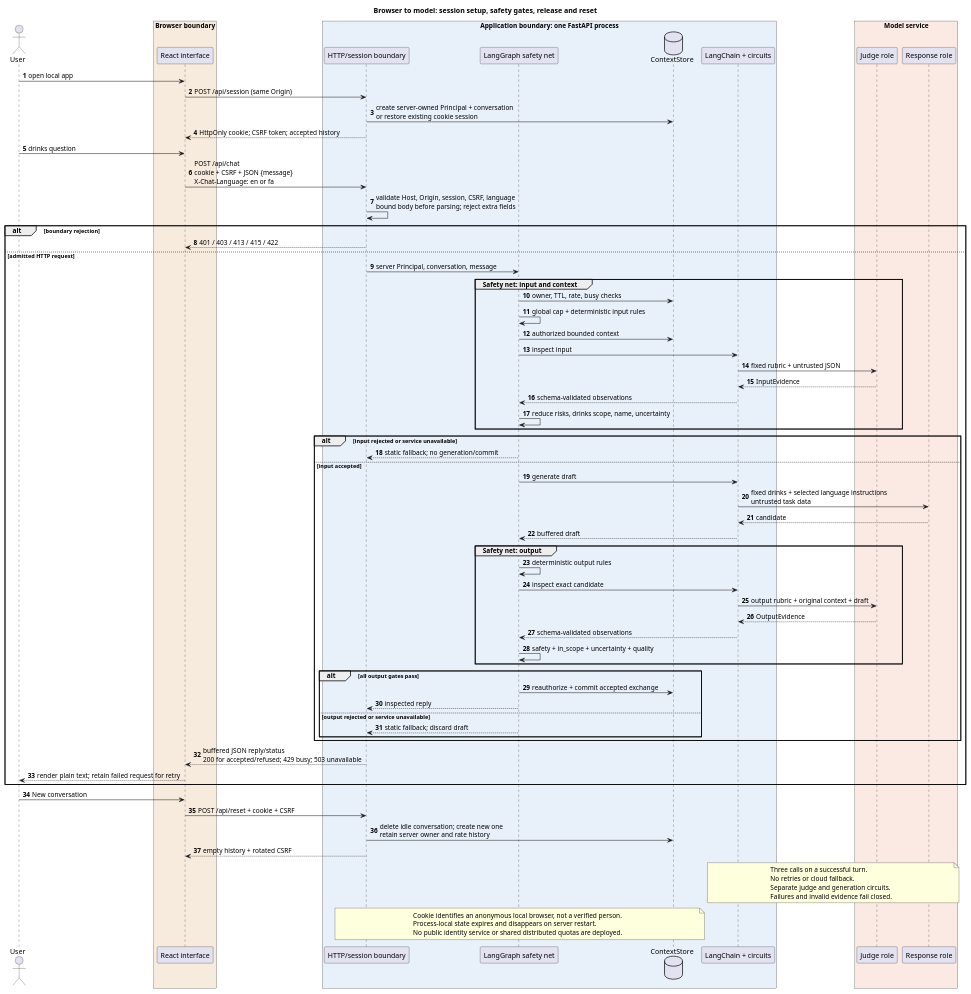
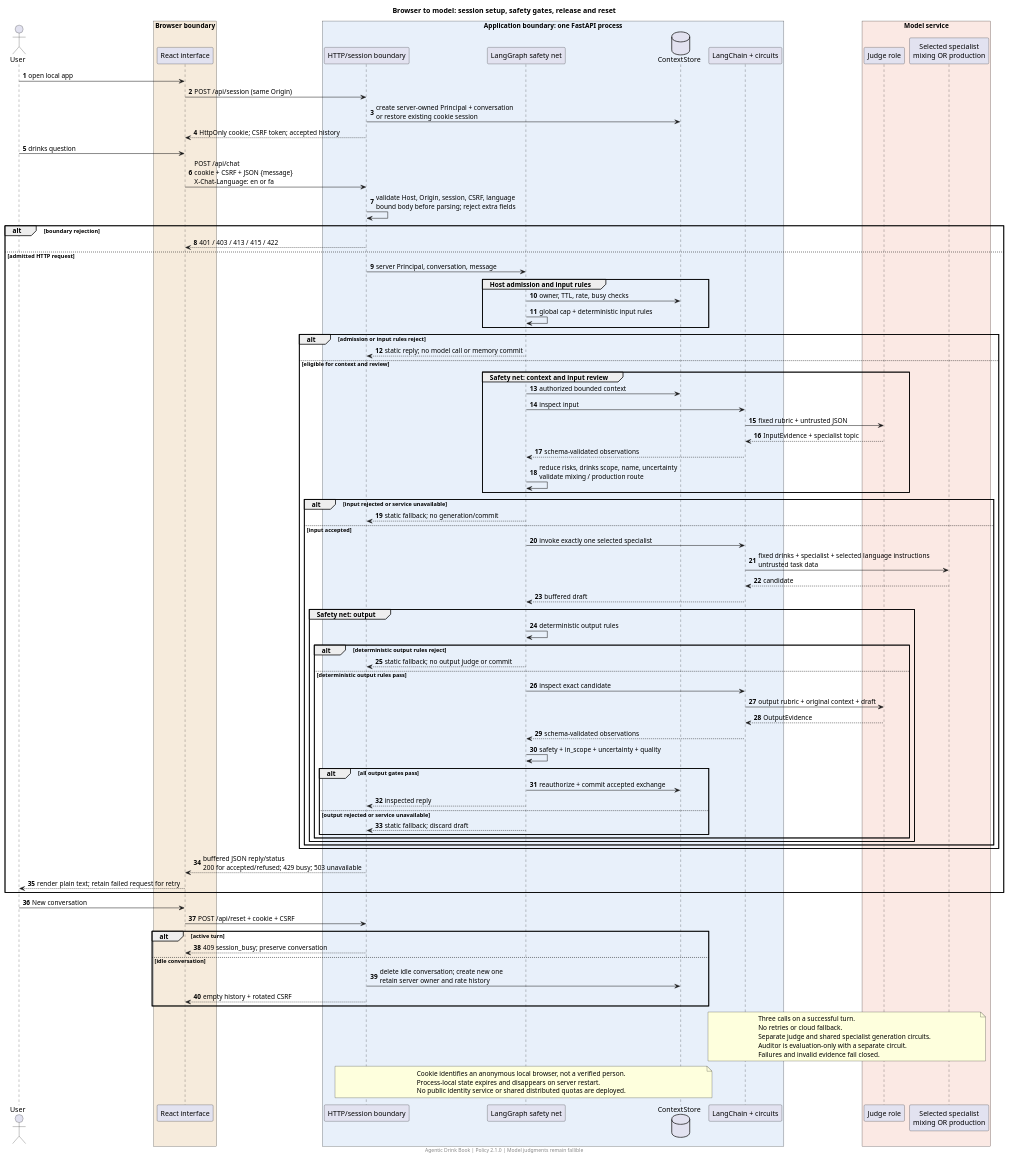
One commit to Iman/agentic-drink-book changed the diagram in docs/diagrams/09-web-sequence.puml. Above: the diagram before and after it, drawn with PlantUML. The commit also changed 91 other files, not shown here.

Commit message:
Add bounded agents, advisory audits and architecture views

```diff
--- a/docs/diagrams/09-web-sequence.puml
+++ b/docs/diagrams/09-web-sequence.puml
@@ -1,80 +1,96 @@
 @startuml
 title Browser to model: session setup, safety gates, release and reset
 skinparam shadowing false
 autonumber
 actor User
 box "Browser boundary" #F6EBDC
 participant "React interface" as ui
 end box
 box "Application boundary: one FastAPI process" #E8F0FA
 participant "HTTP/session boundary" as api
 participant "LangGraph safety net" as graph
 database "ContextStore" as memory
 participant "LangChain + circuits" as adapter
 end box
 box "Model service" #FBE9E4
 participant "Judge role" as judge
-participant "Response role" as model
+participant "Selected specialist\nmixing OR production" as model
 end box
 User -> ui : open local app
 ui -> api : POST /api/session (same Origin)
 api -> memory : create server-owned Principal + conversation\nor restore existing cookie session
 api --> ui : HttpOnly cookie; CSRF token; accepted history
 User -> ui : drinks question
 ui -> api : POST /api/chat\ncookie + CSRF + JSON {message}\nX-Chat-Language: en or fa
 api -> api : validate Host, Origin, session, CSRF, language\nbound body before parsing; reject extra fields
 alt boundary rejection
   api --> ui : 401 / 403 / 413 / 415 / 422
 else admitted HTTP request
   api -> graph : server Principal, conversation, message
-  group Safety net: input and context
+  group Host admission and input rules
     graph -> memory : owner, TTL, rate, busy checks
     graph -> graph : global cap + deterministic input rules
+  end
+  alt admission or input rules reject
+    graph --> api : static reply; no model call or memory commit
+  else eligible for context and review
+  group Safety net: context and input review
     graph -> memory : authorized bounded context
     graph -> adapter : inspect input
     adapter -> judge : fixed rubric + untrusted JSON
-    judge --> adapter : InputEvidence
+    judge --> adapter : InputEvidence + specialist topic
     adapter --> graph : schema-validated observations
-    graph -> graph : reduce risks, drinks scope, name, uncertainty
+    graph -> graph : reduce risks, drinks scope, name, uncertainty\nvalidate mixing / production route
   end
   alt input rejected or service unavailable
     graph --> api : static fallback; no generation/commit
   else input accepted
-    graph -> adapter : generate draft
-    adapter -> model : fixed drinks + selected language instructions\nuntrusted task data
+    graph -> adapter : invoke exactly one selected specialist
+    adapter -> model : fixed drinks + specialist + selected language instructions\nuntrusted task data
     model --> adapter : candidate
     adapter --> graph : buffered draft
     group Safety net: output
       graph -> graph : deterministic output rules
-      graph -> adapter : inspect exact candidate
-      adapter -> judge : output rubric + original context + draft
-      judge --> adapter : OutputEvidence
-      adapter --> graph : schema-validated observations
-      graph -> graph : safety + in_scope + uncertainty + quality
+      alt deterministic output rules reject
+        graph --> api : static fallback; no output judge or commit
+      else deterministic output rules pass
+        graph -> adapter : inspect exact candidate
+        adapter -> judge : output rubric + original context + draft
+        judge --> adapter : OutputEvidence
+        adapter --> graph : schema-validated observations
+        graph -> graph : safety + in_scope + uncertainty + quality
+        alt all output gates pass
+          graph -> memory : reauthorize + commit accepted exchange
+          graph --> api : inspected reply
+        else output rejected or service unavailable
+          graph --> api : static fallback; discard draft
+        end
+      end
     end
-    alt all output gates pass
-      graph -> memory : reauthorize + commit accepted exchange
-      graph --> api : inspected reply
-    else output rejected or service unavailable
-      graph --> api : static fallback; discard draft
-    end
+  end
   end
   api --> ui : buffered JSON reply/status\n200 for accepted/refused; 429 busy; 503 unavailable
   ui --> User : render plain text; retain failed request for retry
 end
 User -> ui : New conversation
 ui -> api : POST /api/reset + cookie + CSRF
-api -> memory : delete idle conversation; create new one\nretain server owner and rate history
-api --> ui : empty history + rotated CSRF
+alt active turn
+  api --> ui : 409 session_busy; preserve conversation
+else idle conversation
+  api -> memory : delete idle conversation; create new one\nretain server owner and rate history
+  api --> ui : empty history + rotated CSRF
+end
 note over adapter,model
 Three calls on a successful turn.
 No retries or cloud fallback.
-Separate judge and generation circuits.
+Separate judge and shared specialist generation circuits.
+Auditor is evaluation-only with a separate circuit.
 Failures and invalid evidence fail closed.
 end note
 note over api,memory
 Cookie identifies an anonymous local browser, not a verified person.
 Process-local state expires and disappears on server restart.
 No public identity service or shared distributed quotas are deployed.
 end note
+footer Agentic Drink Book | Policy 2.1.0 | Model judgments remain fallible
 @enduml
```
